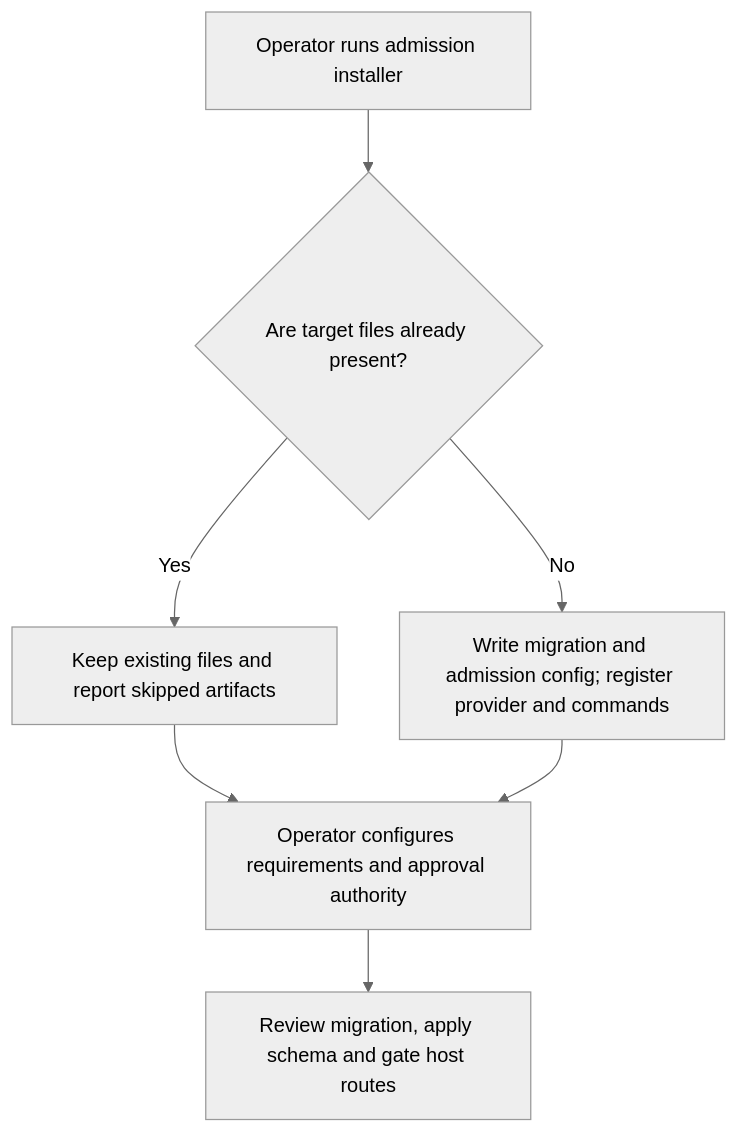
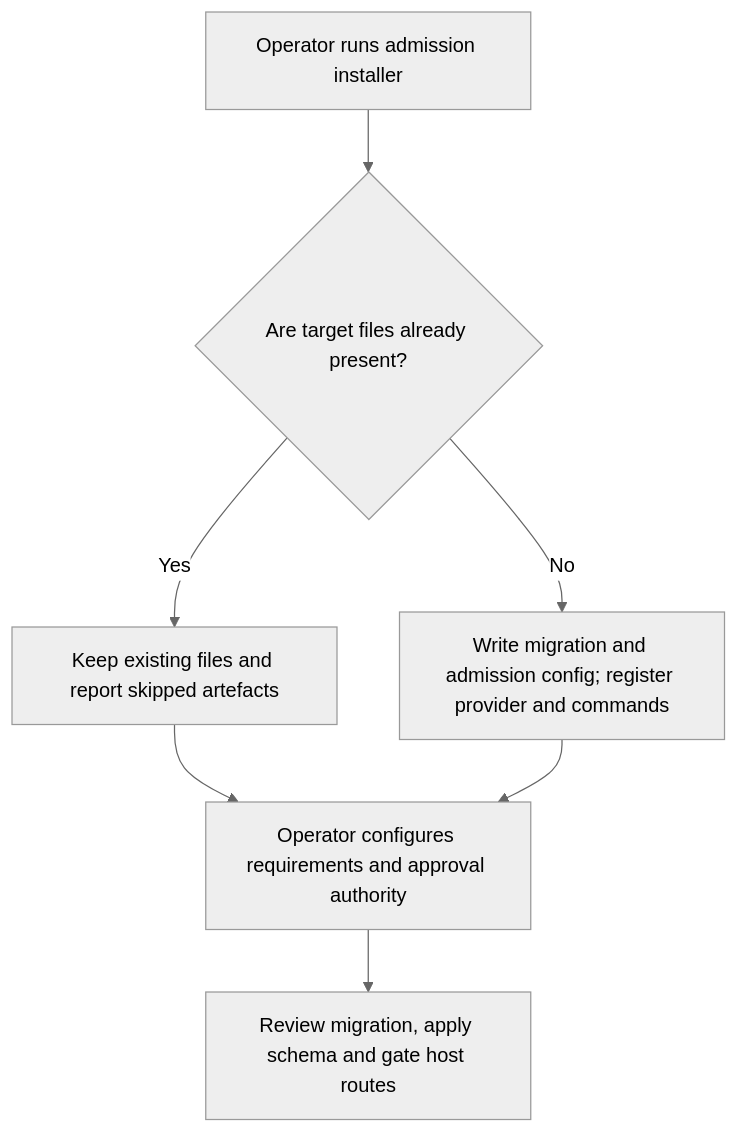
The first of 2 diagrams in user-stories/US-ACCOUNT-28-install-admission.md (Kevinjohn/oss-adonisjs-account-kit), drawn with Mermaid (neutral theme) before and after one commit. The commit also changed other lines of this file and 93 other files, not shown here.

````diff
--- a/user-stories/US-ACCOUNT-28-install-admission.md
+++ b/user-stories/US-ACCOUNT-28-install-admission.md
@@ -18,9 +18,9 @@
 ```mermaid
 flowchart TD
  A["Operator runs admission installer"] --> B{"Are target files already present?"}
- B -->|Yes| C["Keep existing files and report skipped artifacts"]
+ B -->|Yes| C["Keep existing files and report skipped artefacts"]
  B -->|No| D["Write migration and admission config; register provider and commands"]
  C --> E["Operator configures requirements and approval authority"]
  D --> E
  E --> F["Review migration, apply schema and gate host routes"]
 ```
````
